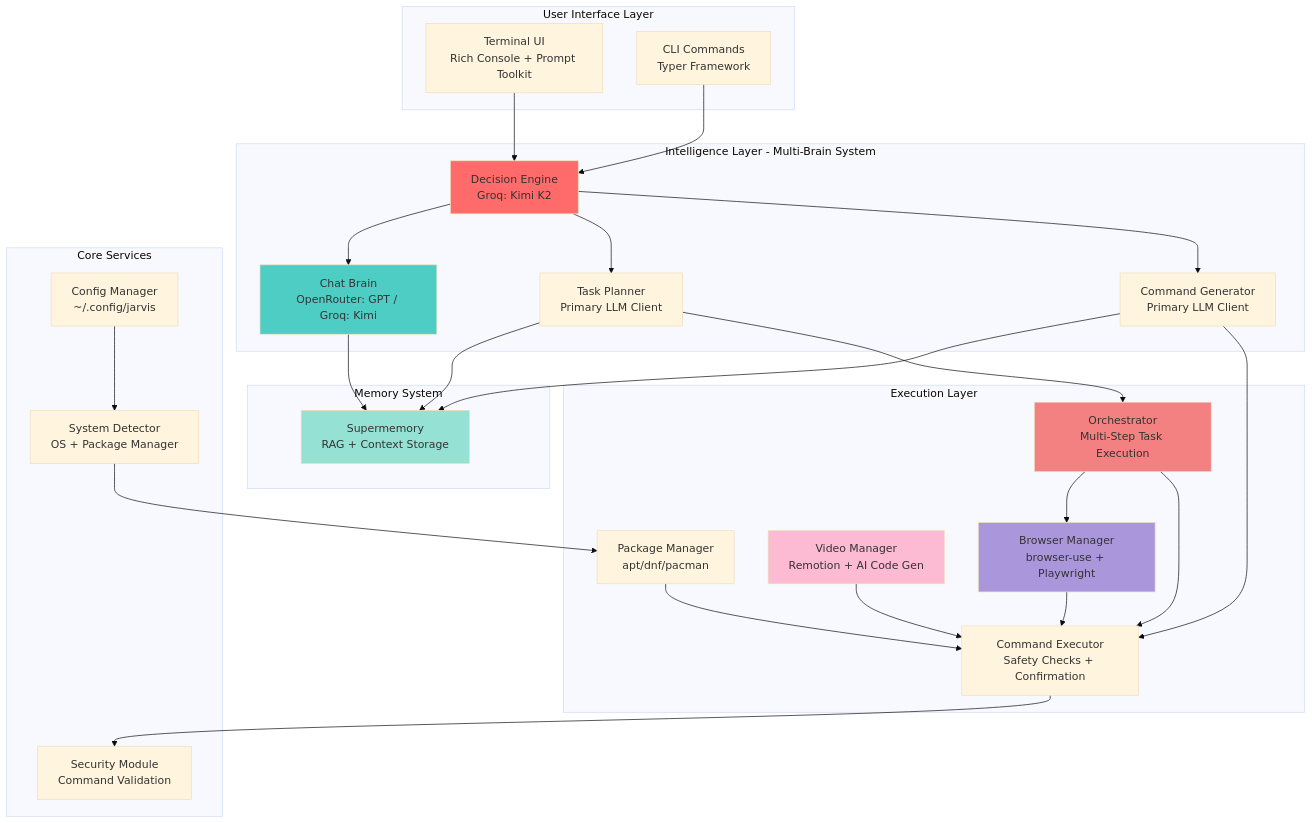
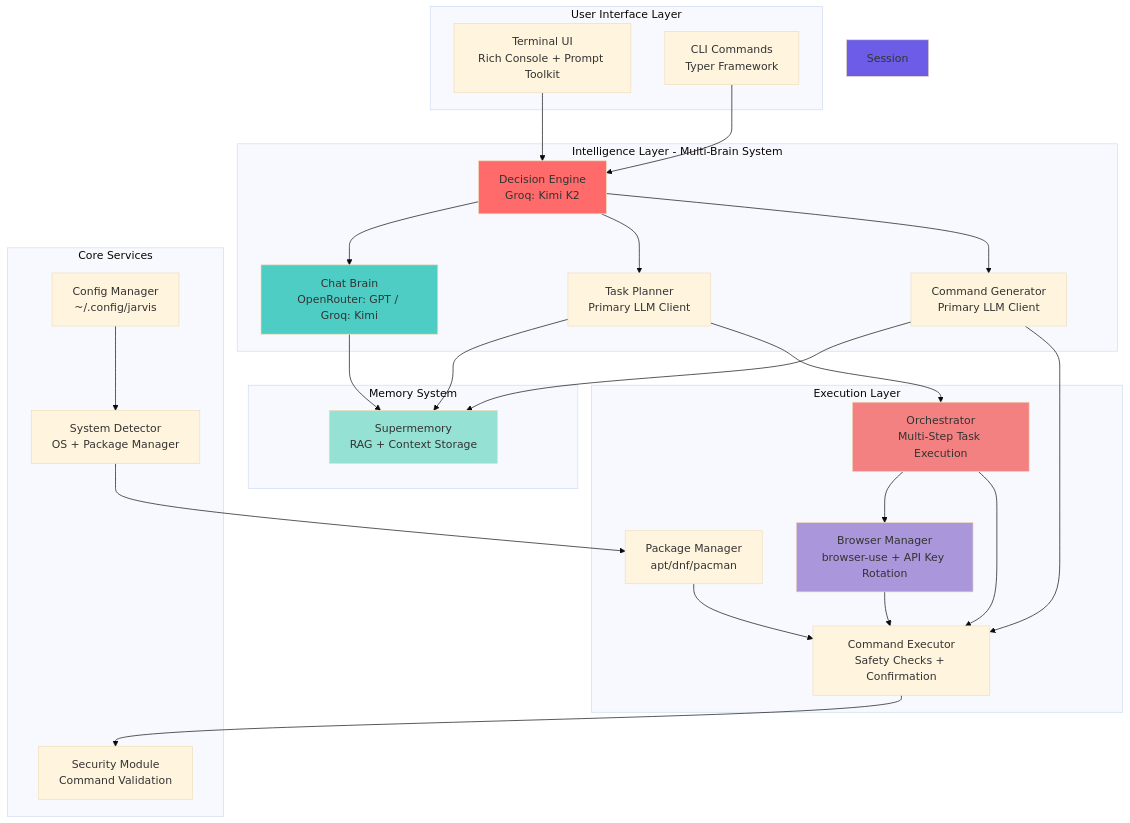
One commit to Garvit1000/nexus changed the first of 5 diagrams in README.md. Above: the diagram before and after it, drawn with Mermaid (base theme). The commit also changed other lines of this file and 7 other files, not shown here.

````diff
--- a/README.md
+++ b/README.md
@@ -9,63 +18,61 @@
 ```mermaid
 graph TB
     subgraph "User Interface Layer"
         TUI[Terminal UI<br/>Rich Console + Prompt Toolkit]
         CLI[CLI Commands<br/>Typer Framework]
     end
     
     subgraph "Intelligence Layer - Multi-Brain System"
         Router[Decision Engine<br/>Groq: Kimi K2]
         Chat[Chat Brain<br/>OpenRouter: GPT / Groq: Kimi]
         Planner[Task Planner<br/>Primary LLM Client]
         CmdGen[Command Generator<br/>Primary LLM Client]
     end
     
     subgraph "Memory System"
         Memory[Supermemory<br/>RAG + Context Storage]
     end
     
     subgraph "Execution Layer"
         Orchestrator[Orchestrator<br/>Multi-Step Task Execution]
         Executor[Command Executor<br/>Safety Checks + Confirmation]
-        Browser[Browser Manager<br/>browser-use + Playwright]
-        Video[Video Manager<br/>Remotion + AI Code Gen]
+        Browser[Browser Manager<br/>browser-use + API Key Rotation]
         Package[Package Manager<br/>apt/dnf/pacman]
     end
     
     subgraph "Core Services"
         Config[Config Manager<br/>~/.config/jarvis]
         System[System Detector<br/>OS + Package Manager]
         Security[Security Module<br/>Command Validation]
     end
     
     TUI --> Router
     CLI --> Router
     Router --> Chat
     Router --> Planner
     Router --> CmdGen
     
     Chat --> Memory
     Planner --> Memory
     CmdGen --> Memory
     
     Planner --> Orchestrator
     CmdGen --> Executor
     
     Orchestrator --> Browser
     Orchestrator --> Executor
     
     Executor --> Security
     Browser --> Executor
-    Video --> Executor
     Package --> Executor
     
     Config --> System
     System --> Package
     
     style Router fill:#ff6b6b
     style Chat fill:#4ecdc4
     style Memory fill:#95e1d3
     style Orchestrator fill:#f38181
     style Browser fill:#aa96da
-    style Video fill:#fcbad3
+    style Session fill:#6c5ce7
 ```
````
